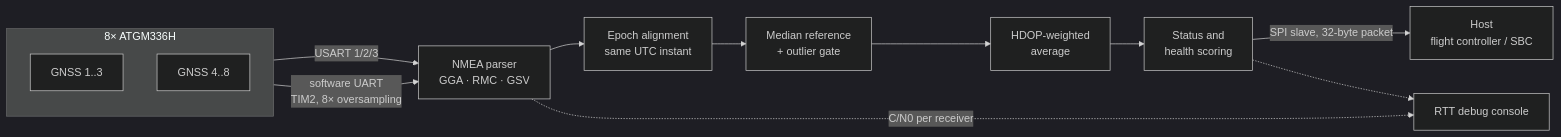
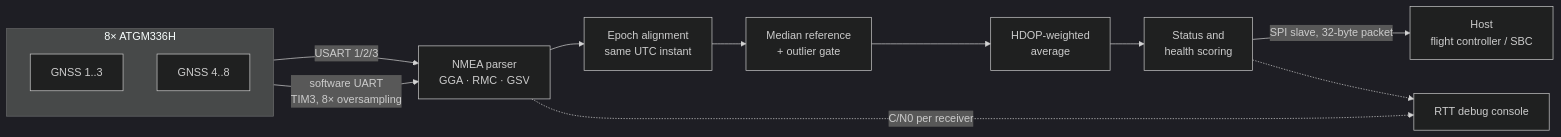
The diagram in README.md (rmingon/EchoGuard-8), drawn with Mermaid (dark theme) before and after one commit. The commit also changed other lines of this file and 11 other files, not shown here.

Commit message:
add gnss module reset + pps capture on tim2 + soft uart tx on tim3 + spi reset command + fix freertos cpu clock to 64mhz

````diff
--- a/README.md
+++ b/README.md
@@ -67,20 +67,20 @@
 ```mermaid
 flowchart LR
     subgraph RX["8× ATGM336H"]
         direction TB
         G1["GNSS 1..3"]
         G2["GNSS 4..8"]
     end
 
     G1 -- "USART 1/2/3" --> P["NMEA parser<br>GGA · RMC · GSV"]
-    G2 -- "software UART<br>TIM2, 8× oversampling" --> P
+    G2 -- "software UART<br>TIM3, 8× oversampling" --> P
 
     P --> E["Epoch alignment<br>same UTC instant"]
     E --> M["Median reference<br>+ outlier gate"]
     M --> W["HDOP-weighted<br>average"]
     W --> S["Status and<br>health scoring"]
 
     S -- "SPI slave, 32-byte packet" --> H["Host<br>flight controller / SBC"]
     P -. "C/N0 per receiver" .-> D["RTT debug console"]
     S -.-> D
 ```
````
